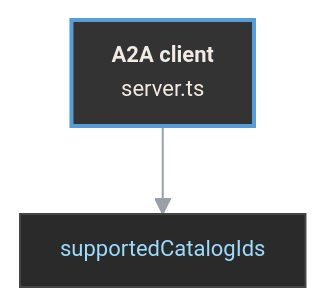
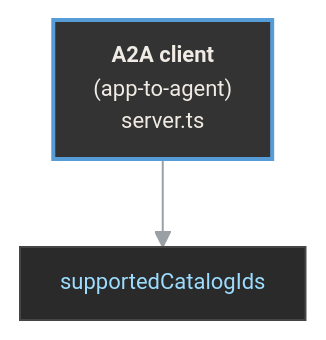
The second of 3 diagrams in slides.md (giorgiogalassi/talk-a2ui), drawn with Mermaid before and after one commit. The commit also changed other lines of this file and 24 other files, not shown here.

````diff
--- a/slides.md
+++ b/slides.md
@@ -525,9 +532,9 @@
 ```mermaid {scale: 0.74}
 %%{init: {"theme": "base", "themeVariables": {"fontFamily": "JetBrains Mono, monospace", "fontSize": "11px", "lineColor": "#9aa0a6", "edgeLabelBackground": "#262626"}, "flowchart": {"curve": "basis", "nodeSpacing": 24, "rankSpacing": 44, "padding": 10}}}%%
 flowchart TB
-  S1["<b>A2A client</b><br/>server.ts"] --> S2["supportedCatalogIds"]
+  S1["<b>A2A client</b><br/>(app-to-agent)<br/>server.ts"] --> S2["supportedCatalogIds"]
   classDef file fill:#2a2a2a,stroke:#454545,stroke-width:1px,color:#9cdcfe
   classDef step fill:#333333,stroke:#569cd6,stroke-width:2px,color:#f0ebe4
   class S1 step
   class S2 file
 ```
````
